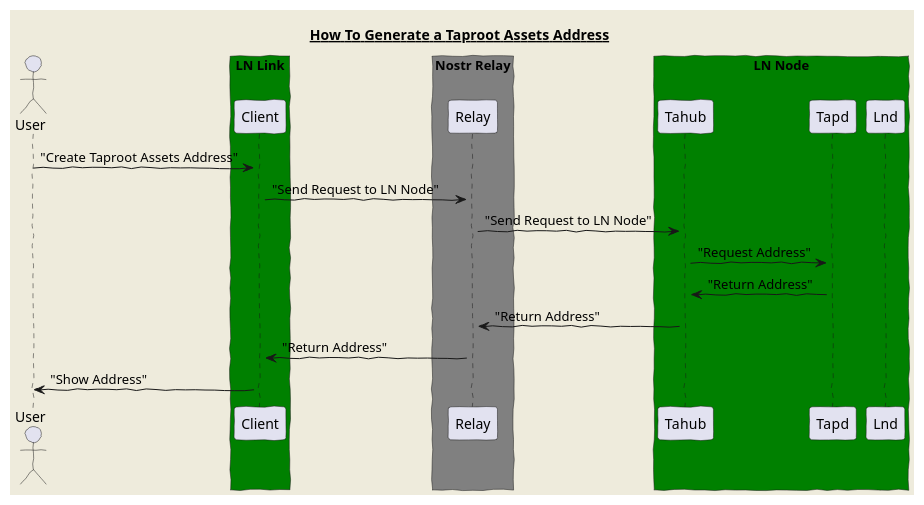
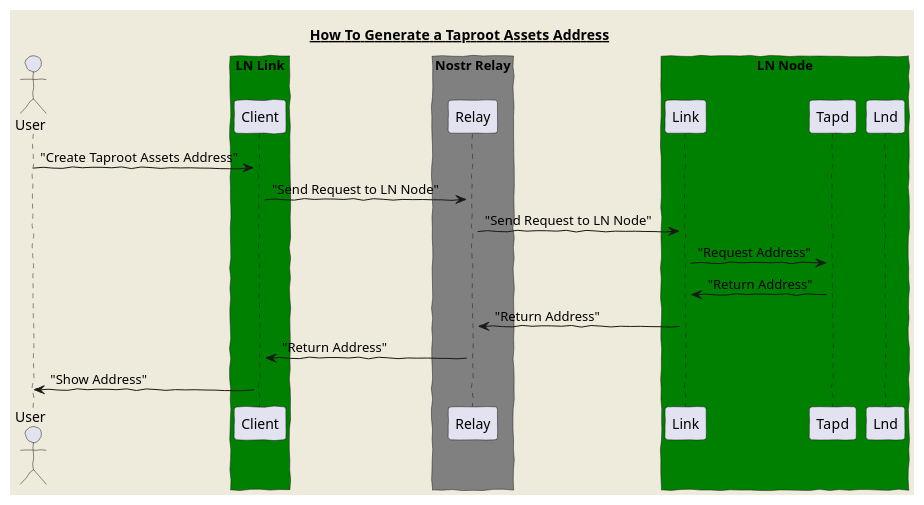
One commit to lnfi-network/ln-node changed the third of 3 diagrams in LNLink/LNNode.puml. Above: the diagram before and after it, drawn with PlantUML. The commit also changed other lines of this file and 2 other files, not shown here.

```diff
--- a/LNLink/LNNode.puml
+++ b/LNLink/LNNode.puml
@@ -68,32 +68,32 @@
 @startuml Tapd
 skinparam backgroundColor #EEEBDC
 skinparam handwritten true
 
 title
  <u>How To Generate a Taproot Assets Address</u>
 end title
 actor User
 
 box "LN Link" #green
 activate "Client"
 end box
 
 box "Nostr Relay" #Grey
 activate "Relay"
 end box
 
 box "LN Node" #green
-activate "Tahub"
+activate "Link"
 activate "Tapd"
 activate "Lnd"
 end box
 
 User -> Client: "Create Taproot Assets Address"
 Client -> Relay : "Send Request to LN Node"
-Relay -> Tahub : "Send Request to LN Node"
-Tahub -> Tapd : "Request Address"
-Tapd -> Tahub : "Return Address"
-Tahub -> Relay: "Return Address"
+Relay -> Link : "Send Request to LN Node"
+Link -> Tapd : "Request Address"
+Tapd -> Link : "Return Address"
+Link -> Relay: "Return Address"
 Relay -> Client: "Return Address"
 Client -> User: "Show Address"
 @enduml
```
